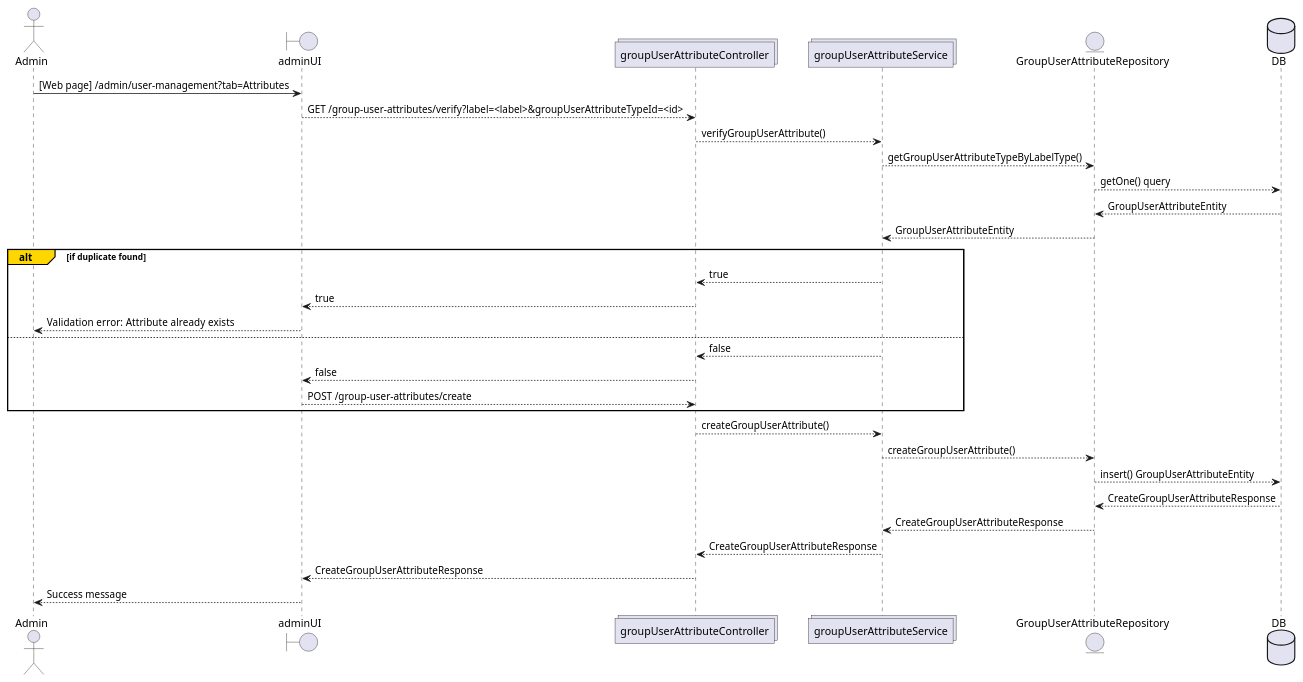
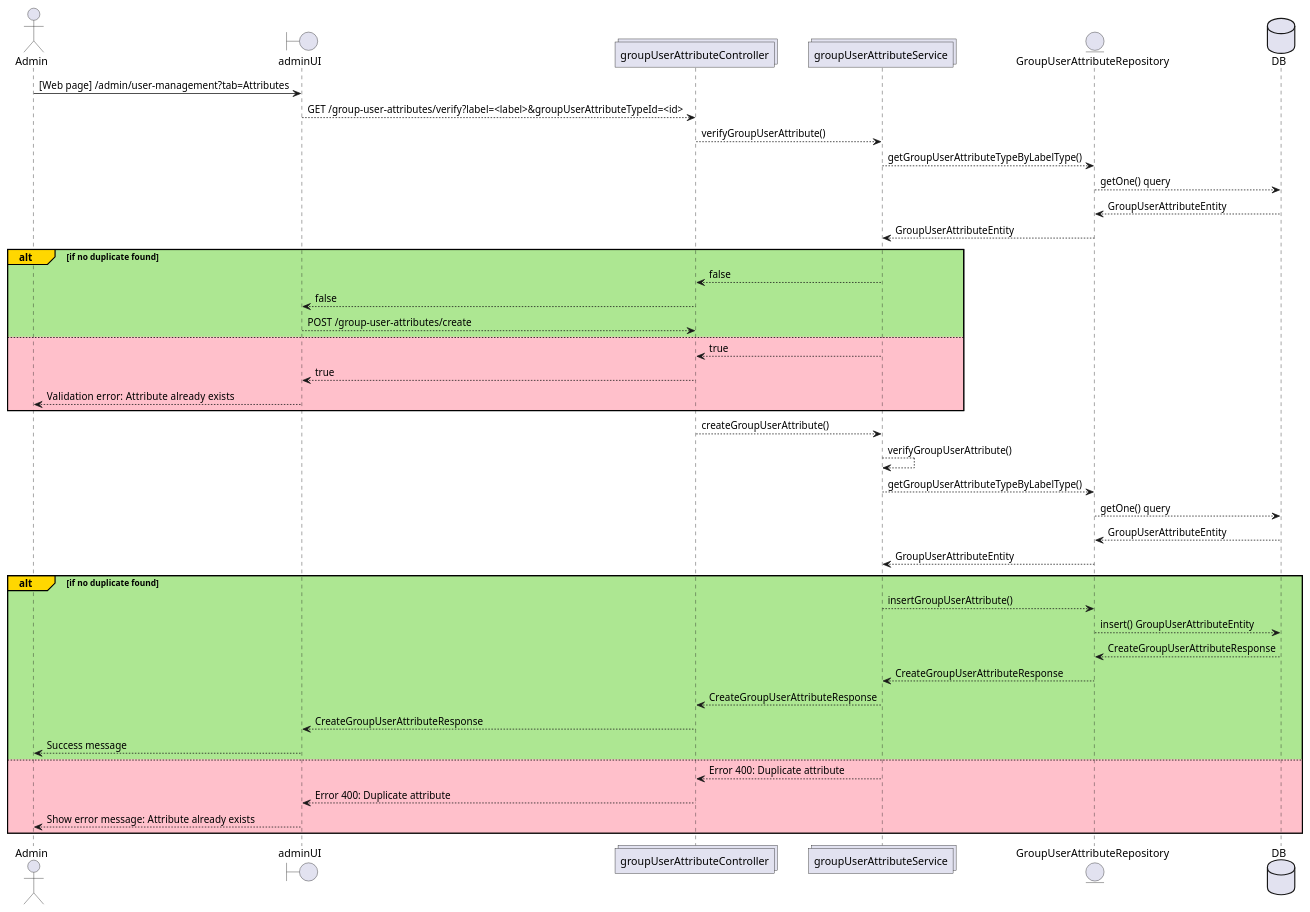
One commit to rajsaha/sequenceDiagrams changed the diagram in jaas-1601.puml. Above: the diagram before and after it, drawn with PlantUML.

Commit message:
Add if elses to jaas-1601

```diff
--- a/jaas-1601.puml
+++ b/jaas-1601.puml
@@ -1,36 +1,49 @@
 @startuml
 actor       Admin             as admin
 boundary    adminUI           as adminUI
 collections groupUserAttributeController  as groupUserAttributeController
 collections groupUserAttributeService      as groupUserAttributeService
 entity      GroupUserAttributeRepository   as GroupUserAttributeRepository
 database    DB                as DB
 
 admin -> adminUI: [Web page] /admin/user-management?tab=Attributes
 adminUI --> groupUserAttributeController: GET /group-user-attributes/verify?label=<label>&groupUserAttributeTypeId=<id>
 groupUserAttributeController --> groupUserAttributeService: verifyGroupUserAttribute()
 groupUserAttributeService --> GroupUserAttributeRepository: getGroupUserAttributeTypeByLabelType()
 GroupUserAttributeRepository --> DB: getOne() query
 DB --> GroupUserAttributeRepository: GroupUserAttributeEntity
 GroupUserAttributeRepository --> groupUserAttributeService: GroupUserAttributeEntity
 
-alt#Gold if duplicate found
+alt#Gold #ADE792 if no duplicate found
+groupUserAttributeService --> groupUserAttributeController: false
+groupUserAttributeController --> adminUI: false
+adminUI --> groupUserAttributeController: POST /group-user-attributes/create
+else #pink
 groupUserAttributeService --> groupUserAttributeController: true
 groupUserAttributeController --> adminUI: true
 adminUI --> admin: Validation error:  Attribute already exists
-else
-groupUserAttributeService --> groupUserAttributeController: false
-groupUserAttributeController --> adminUI: false
-adminUI --> groupUserAttributeController: POST /group-user-attributes/create
 end
 
 groupUserAttributeController --> groupUserAttributeService: createGroupUserAttribute()
-groupUserAttributeService --> GroupUserAttributeRepository: createGroupUserAttribute()
+groupUserAttributeService --> groupUserAttributeService: verifyGroupUserAttribute()
+groupUserAttributeService --> GroupUserAttributeRepository: getGroupUserAttributeTypeByLabelType()
+GroupUserAttributeRepository --> DB: getOne() query
+DB --> GroupUserAttributeRepository: GroupUserAttributeEntity
+GroupUserAttributeRepository --> groupUserAttributeService: GroupUserAttributeEntity
+
+alt#Gold #ADE792 if no duplicate found
+groupUserAttributeService --> GroupUserAttributeRepository: insertGroupUserAttribute()
 GroupUserAttributeRepository --> DB: insert() GroupUserAttributeEntity
 DB --> GroupUserAttributeRepository: CreateGroupUserAttributeResponse
 GroupUserAttributeRepository --> groupUserAttributeService: CreateGroupUserAttributeResponse
 groupUserAttributeService --> groupUserAttributeController: CreateGroupUserAttributeResponse
 groupUserAttributeController --> adminUI: CreateGroupUserAttributeResponse
 adminUI --> admin: Success message
+else #pink
+groupUserAttributeService --> groupUserAttributeController: Error 400: Duplicate attribute
+groupUserAttributeController --> adminUI: Error 400: Duplicate attribute
+adminUI --> admin: Show error message: Attribute already exists
+end
+
 
 @enduml
```
